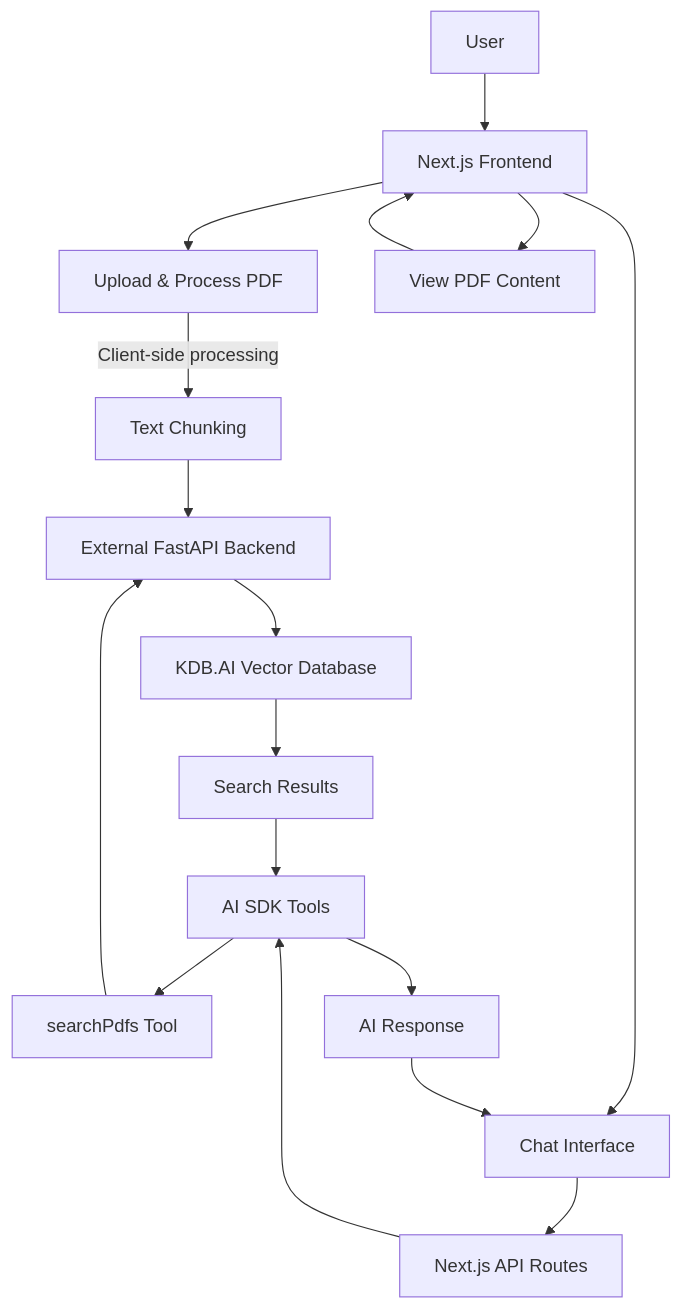
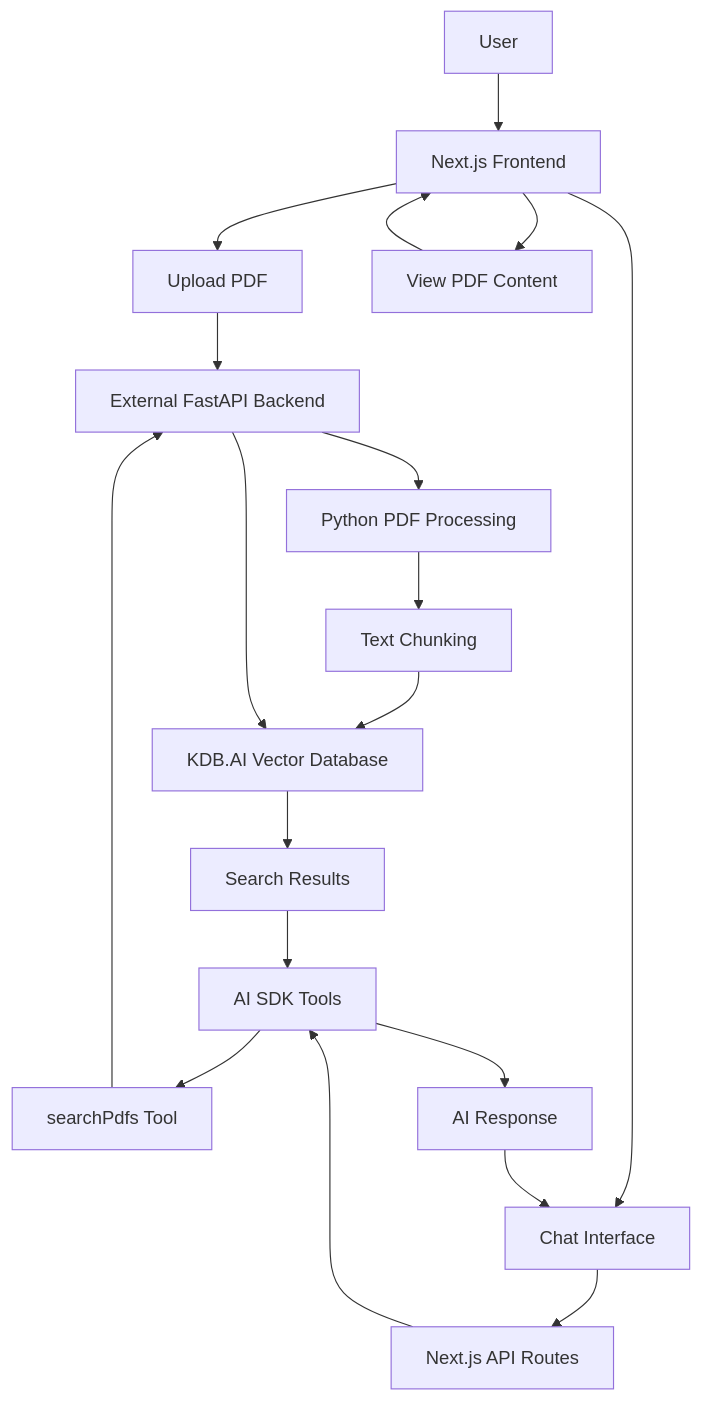
One commit to mrmps/pdfchatbot changed the diagram in README.md. Above: the diagram before and after it, drawn with Mermaid. The commit also changed other lines of this file and 1 other file, not shown here.

Commit message:
uses python backend for pdf processing

````diff
--- a/README.md
+++ b/README.md
@@ -33,22 +33,24 @@
 ```mermaid
 graph TD
     User[User] --> Frontend[Next.js Frontend]
-    Frontend --> UploadPDF[Upload & Process PDF]
+    Frontend --> UploadPDF[Upload PDF]
     Frontend --> ChatInterface[Chat Interface]
     Frontend --> ViewPDF[View PDF Content]
     
-    UploadPDF -- Client-side processing --> TextChunking[Text Chunking]
-    TextChunking --> Backend[External FastAPI Backend]
+    UploadPDF --> Backend[External FastAPI Backend]
+    Backend --> PDFProcessing[Python PDF Processing]
+    PDFProcessing --> TextChunking[Text Chunking]
     ChatInterface --> NextRoutes[Next.js API Routes]
     ViewPDF --> Frontend
     
     NextRoutes --> AITools[AI SDK Tools]
     AITools --> SearchPDFs[searchPdfs Tool]
     SearchPDFs --> Backend
-    Backend --> KDBAI[KDB.AI Vector Database]
+    TextChunking --> KDBAI[KDB.AI Vector Database]
+    Backend --> KDBAI
     
     KDBAI --> Results[Search Results]
     Results --> AITools
     AITools --> Response[AI Response]
     Response --> ChatInterface
 ```
````
